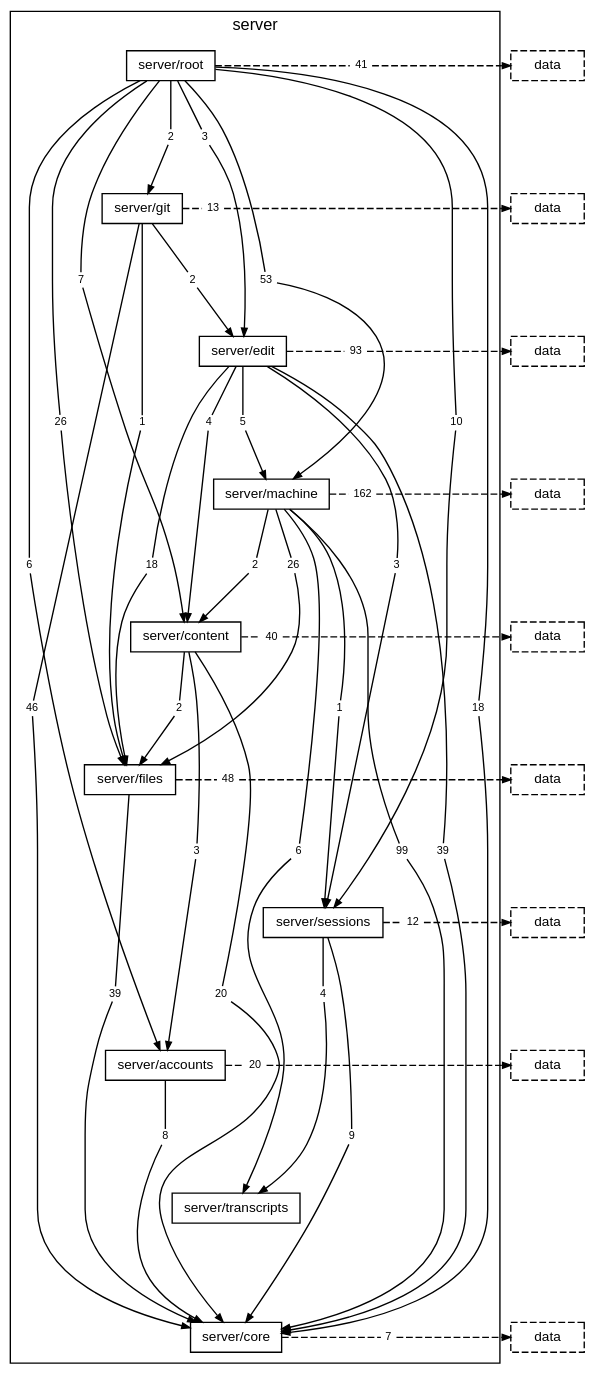
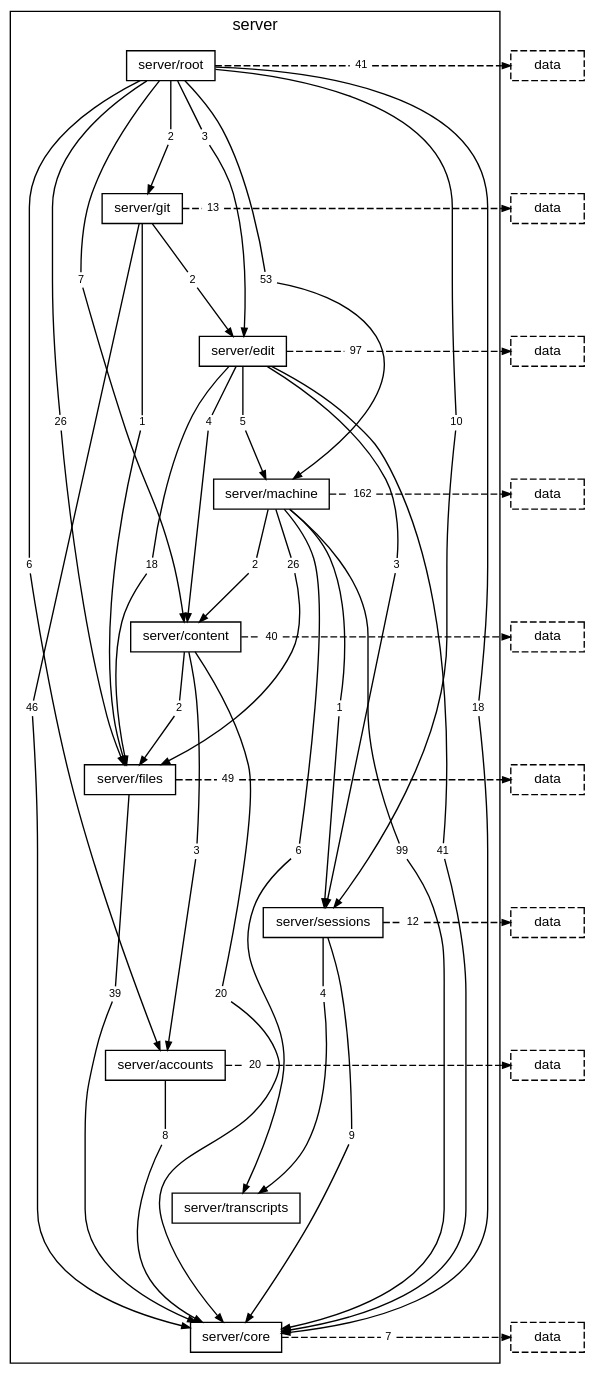
One commit to TheAxeC/oculus changed the diagram in docs/diagrams/layer-server.dot. Above: the diagram before and after it, drawn with Graphviz. The commit also changed 166 other files, not shown here.

```diff
--- a/docs/diagrams/layer-server.dot
+++ b/docs/diagrams/layer-server.dot
@@ -28,11 +28,11 @@
         "folder server/git to folder server/files" [label="1", shape=box, color="transparent", fontsize=8, width=0, height=0, margin="0.04,0.02"];
         "folder server/git to layer data" [label="13", shape=box, color="transparent", fontsize=8, width=0, height=0, margin="0.04,0.02"];
         "folder server/edit to folder server/content" [label="4", shape=box, color="transparent", fontsize=8, width=0, height=0, margin="0.04,0.02"];
-        "folder server/edit to folder server/core" [label="39", shape=box, color="transparent", fontsize=8, width=0, height=0, margin="0.04,0.02"];
+        "folder server/edit to folder server/core" [label="41", shape=box, color="transparent", fontsize=8, width=0, height=0, margin="0.04,0.02"];
         "folder server/edit to folder server/files" [label="18", shape=box, color="transparent", fontsize=8, width=0, height=0, margin="0.04,0.02"];
         "folder server/edit to folder server/machine" [label="5", shape=box, color="transparent", fontsize=8, width=0, height=0, margin="0.04,0.02"];
         "folder server/edit to folder server/sessions" [label="3", shape=box, color="transparent", fontsize=8, width=0, height=0, margin="0.04,0.02"];
-        "folder server/edit to layer data" [label="93", shape=box, color="transparent", fontsize=8, width=0, height=0, margin="0.04,0.02"];
+        "folder server/edit to layer data" [label="97", shape=box, color="transparent", fontsize=8, width=0, height=0, margin="0.04,0.02"];
         "folder server/machine to folder server/content" [label="2", shape=box, color="transparent", fontsize=8, width=0, height=0, margin="0.04,0.02"];
         "folder server/machine to folder server/core" [label="99", shape=box, color="transparent", fontsize=8, width=0, height=0, margin="0.04,0.02"];
         "folder server/machine to folder server/files" [label="26", shape=box, color="transparent", fontsize=8, width=0, height=0, margin="0.04,0.02"];
@@ -44,7 +44,7 @@
         "folder server/content to folder server/files" [label="2", shape=box, color="transparent", fontsize=8, width=0, height=0, margin="0.04,0.02"];
         "folder server/content to layer data" [label="40", shape=box, color="transparent", fontsize=8, width=0, height=0, margin="0.04,0.02"];
         "folder server/files to folder server/core" [label="39", shape=box, color="transparent", fontsize=8, width=0, height=0, margin="0.04,0.02"];
-        "folder server/files to layer data" [label="48", shape=box, color="transparent", fontsize=8, width=0, height=0, margin="0.04,0.02"];
+        "folder server/files to layer data" [label="49", shape=box, color="transparent", fontsize=8, width=0, height=0, margin="0.04,0.02"];
         "folder server/sessions to folder server/core" [label="9", shape=box, color="transparent", fontsize=8, width=0, height=0, margin="0.04,0.02"];
         "folder server/sessions to folder server/transcripts" [label="4", shape=box, color="transparent", fontsize=8, width=0, height=0, margin="0.04,0.02"];
         "folder server/sessions to layer data" [label="12", shape=box, color="transparent", fontsize=8, width=0, height=0, margin="0.04,0.02"];
```
